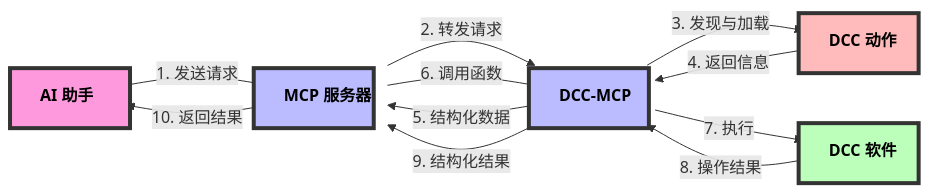
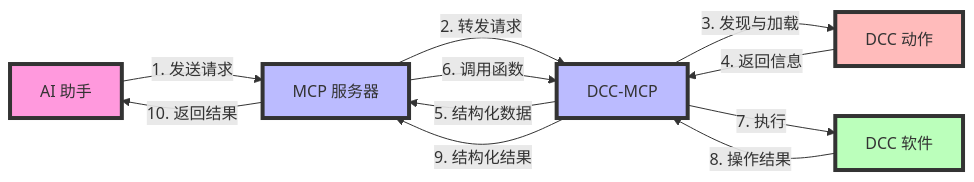
The diagram in README_zh.md (loonghao/dcc-mcp-core), drawn with Mermaid before and after one commit. The commit also changed other lines of this file and 64 other files, not shown here.

````diff
--- a/README_zh.md
+++ b/README_zh.md
@@ -26,27 +30,19 @@
 ```mermaid
-flowchart LR
-    %% 增加图表宽度
-    classDef default width:120px,height:60px
-
+graph LR
     AI[AI 助手] -->|"1. 发送请求"| MCP[MCP 服务器]
     MCP -->|"2. 转发请求"| DCCMCP[DCC-MCP]
     DCCMCP -->|"3. 发现与加载"| Actions[DCC 动作]
     Actions -->|"4. 返回信息"| DCCMCP
     DCCMCP -->|"5. 结构化数据"| MCP
     MCP -->|"6. 调用函数"| DCCMCP
     DCCMCP -->|"7. 执行"| DCC[DCC 软件]
     DCC -->|"8. 操作结果"| DCCMCP
     DCCMCP -->|"9. 结构化结果"| MCP
     MCP -->|"10. 返回结果"| AI
 
-    %% 使用更鲜明的颜色和更大的节点
-    classDef ai fill:#f9d,stroke:#333,stroke-width:4px,color:#000,font-weight:bold
-    classDef mcp fill:#bbf,stroke:#333,stroke-width:4px,color:#000,font-weight:bold
-    classDef dcc fill:#bfb,stroke:#333,stroke-width:4px,color:#000,font-weight:bold
-    classDef action fill:#fbb,stroke:#333,stroke-width:4px,color:#000,font-weight:bold
-
-    class AI ai
-    class MCP,DCCMCP mcp
-    class DCC dcc
-    class Actions action
+    style AI fill:#f9d,stroke:#333,stroke-width:4px
+    style MCP fill:#bbf,stroke:#333,stroke-width:4px
+    style DCCMCP fill:#bbf,stroke:#333,stroke-width:4px
+    style DCC fill:#bfb,stroke:#333,stroke-width:4px
+    style Actions fill:#fbb,stroke:#333,stroke-width:4px
 ```
````
